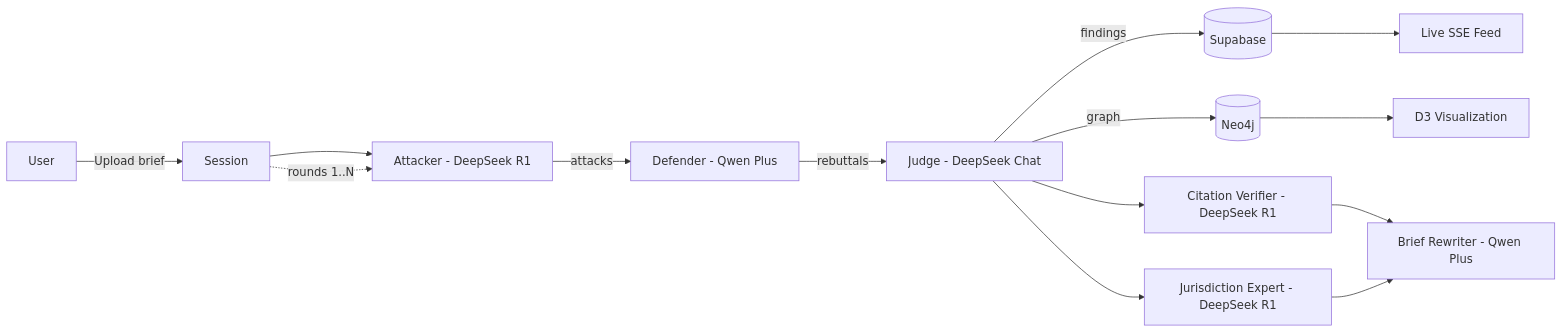
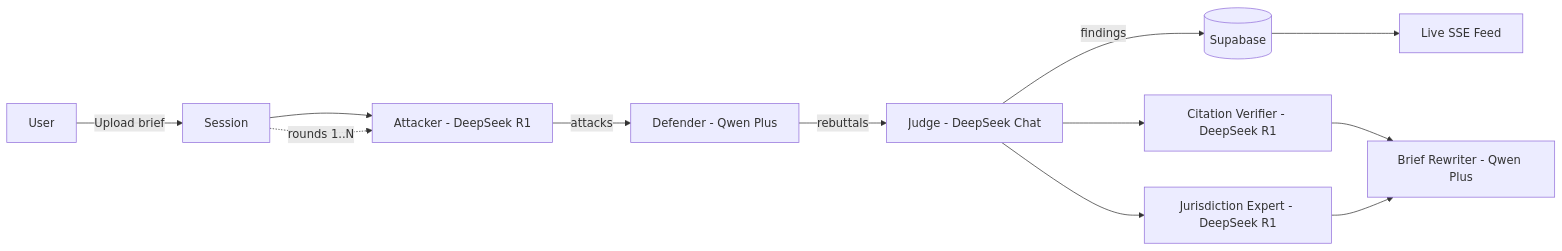
One commit to v9ai/ai-apps changed the diagram in apps/law-adversarial/README.md. Above: the diagram before and after it, drawn with Mermaid. The commit also changed other lines of this file and 2 other files, not shown here.

Commit message:
Remove all Neo4j references — unused since argument graph removal.

````diff
--- a/apps/law-adversarial/README.md
+++ b/apps/law-adversarial/README.md
@@ -7,15 +7,13 @@
 ```mermaid
 graph LR
     U[User] -->|Upload brief| S[Session]
     S --> A[Attacker - DeepSeek R1]
     A -->|attacks| D[Defender - Qwen Plus]
     D -->|rebuttals| J[Judge - DeepSeek Chat]
     J -->|findings| DB[(Supabase)]
-    J -->|graph| N[(Neo4j)]
-    N --> V[D3 Visualization]
     DB --> UI[Live SSE Feed]
     S -.->|rounds 1..N| A
     J --> CV[Citation Verifier - DeepSeek R1]
     J --> JE[Jurisdiction Expert - DeepSeek R1]
     CV & JE --> BR[Brief Rewriter - Qwen Plus]
 ```
````
